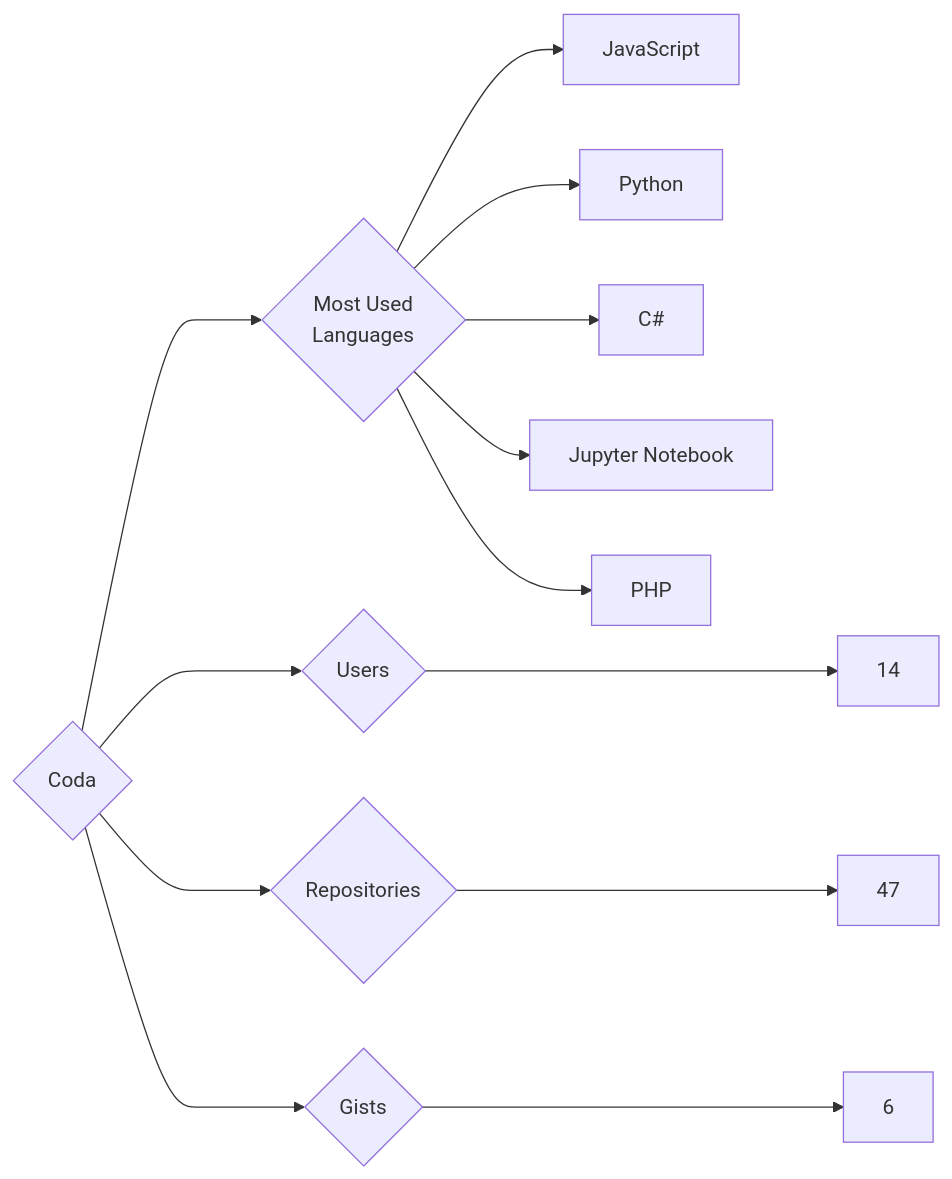
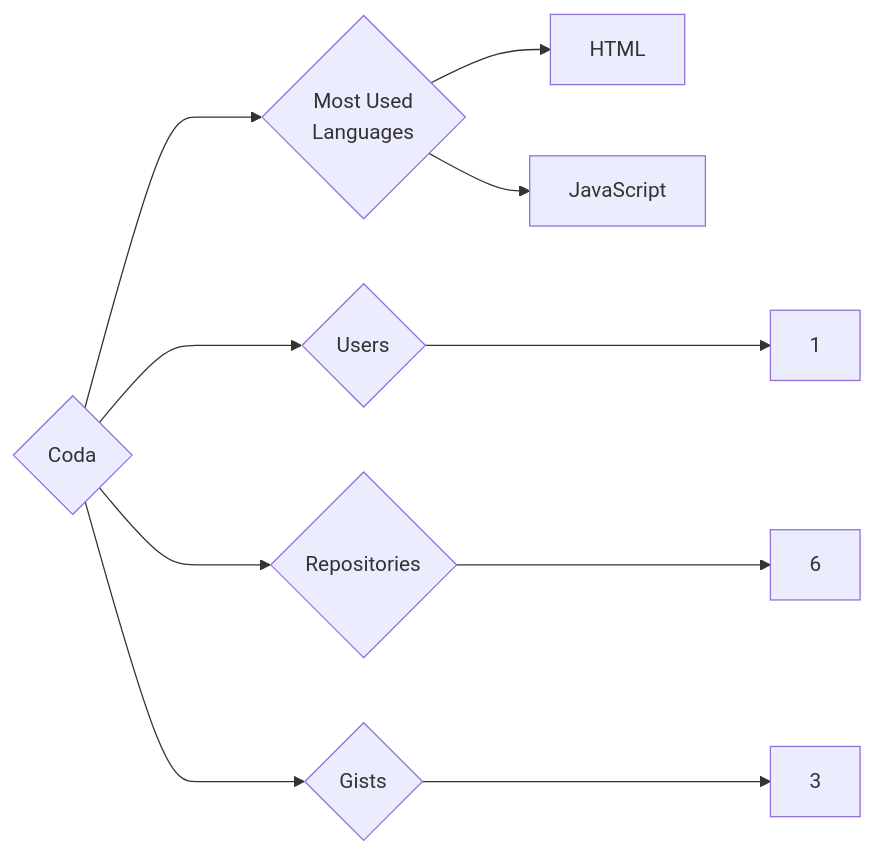
One commit to trickest/insiders changed the diagram in targets/Coda/README.md. Above: the diagram before and after it, drawn with Mermaid. The commit also changed 888 other files, not shown here.

````diff
--- a/targets/Coda/README.md
+++ b/targets/Coda/README.md
@@ -3,13 +3,10 @@
 ```mermaid
 graph LR
 COMPANY_NAME{Coda}
-COMPANY_NAME ---> U{Users} ---> UN[14]
-COMPANY_NAME ---> R{Repositories} ---> RN[47]
-COMPANY_NAME ---> G{Gists} ---> GN[6]
+COMPANY_NAME ---> U{Users} ---> UN[1]
+COMPANY_NAME ---> R{Repositories} ---> RN[6]
+COMPANY_NAME ---> G{Gists} ---> GN[3]
 COMPANY_NAME ---> ML{Most Used<br>Languages}
+ML --> HTML[HTML]
 ML --> JavaScript[JavaScript]
-ML --> Python[Python]
-ML --> C#[C#]
-ML --> Jupyter_Notebook[Jupyter Notebook]
-ML --> PHP[PHP]
 ```
````
